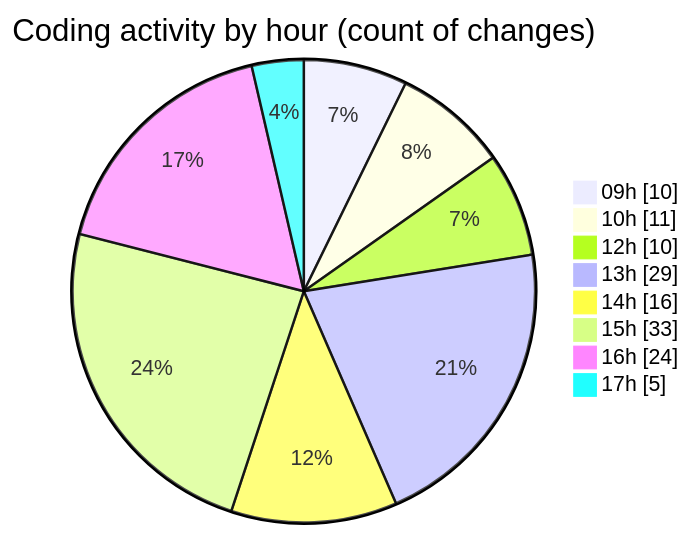
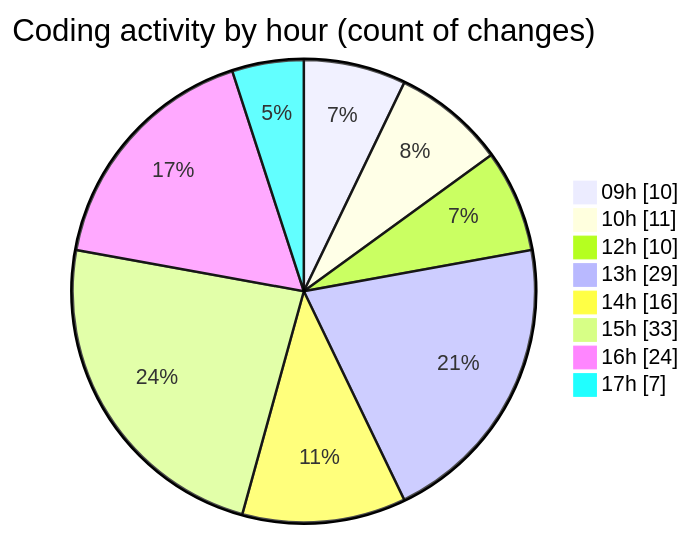
The second of 2 diagrams in 2025-09-12/cda/README.md (momahboobian/code-tracking), drawn with Mermaid before and after one commit. The commit also changed other lines of this file and 1 other file, not shown here.

````diff
--- a/2025-09-12/cda/README.md
+++ b/2025-09-12/cda/README.md
@@ -47,12 +47,12 @@
 ```mermaid
 pie showData
 title Coding activity by hour (count of changes)
 "09h" : 10
 "10h" : 11
 "12h" : 10
 "13h" : 29
 "14h" : 16
 "15h" : 33
 "16h" : 24
-"17h" : 5
+"17h" : 7
 ```
````
